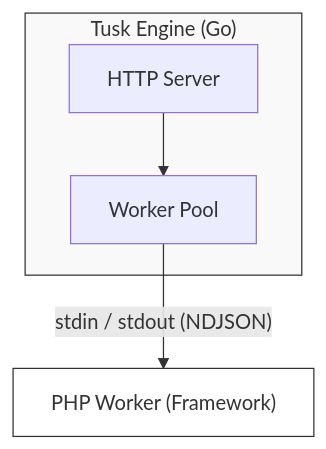
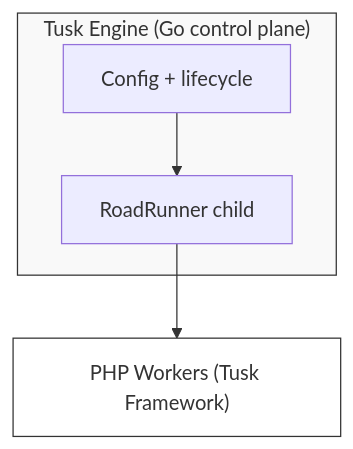
The diagram in README.md (tusk-framework/tusk-engine), drawn with Mermaid before and after one commit. The commit also changed other lines of this file and 37 other files, not shown here.

````diff
--- a/README.md
+++ b/README.md
@@ -18,11 +20,11 @@
 ```mermaid
 graph TD
-    subgraph Engine ["Tusk Engine (Go)"]
-        Server["HTTP Server"] --> Pool["Worker Pool"]
+    subgraph Engine ["Tusk Engine (Go control plane)"]
+        Config["Config + lifecycle"] --> RR["RoadRunner child"]
     end
-    
-    Pool -- "stdin / stdout (NDJSON)" --> Worker["PHP Worker (Framework)"]
+
+    RR --> Worker["PHP Workers (Tusk Framework)"]
     
     style Engine fill:#f9f9f9,stroke:#333,stroke-width:1px
     style Worker fill:#fff,stroke:#333,stroke-width:1px
 ```
````
